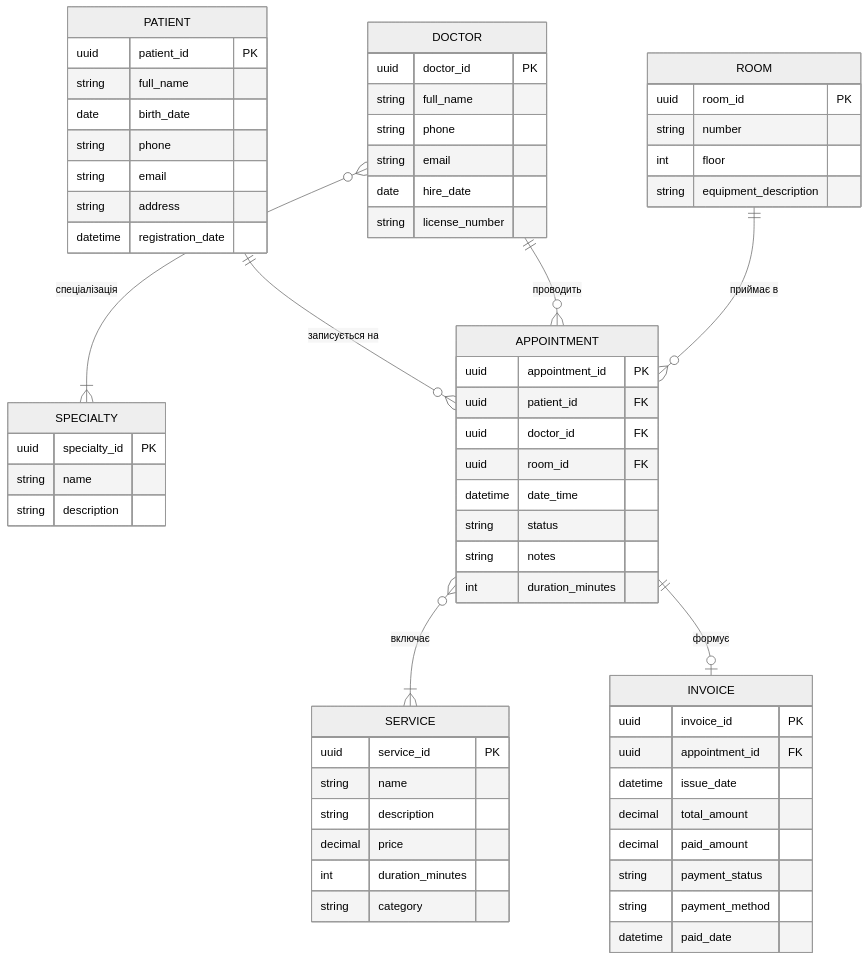
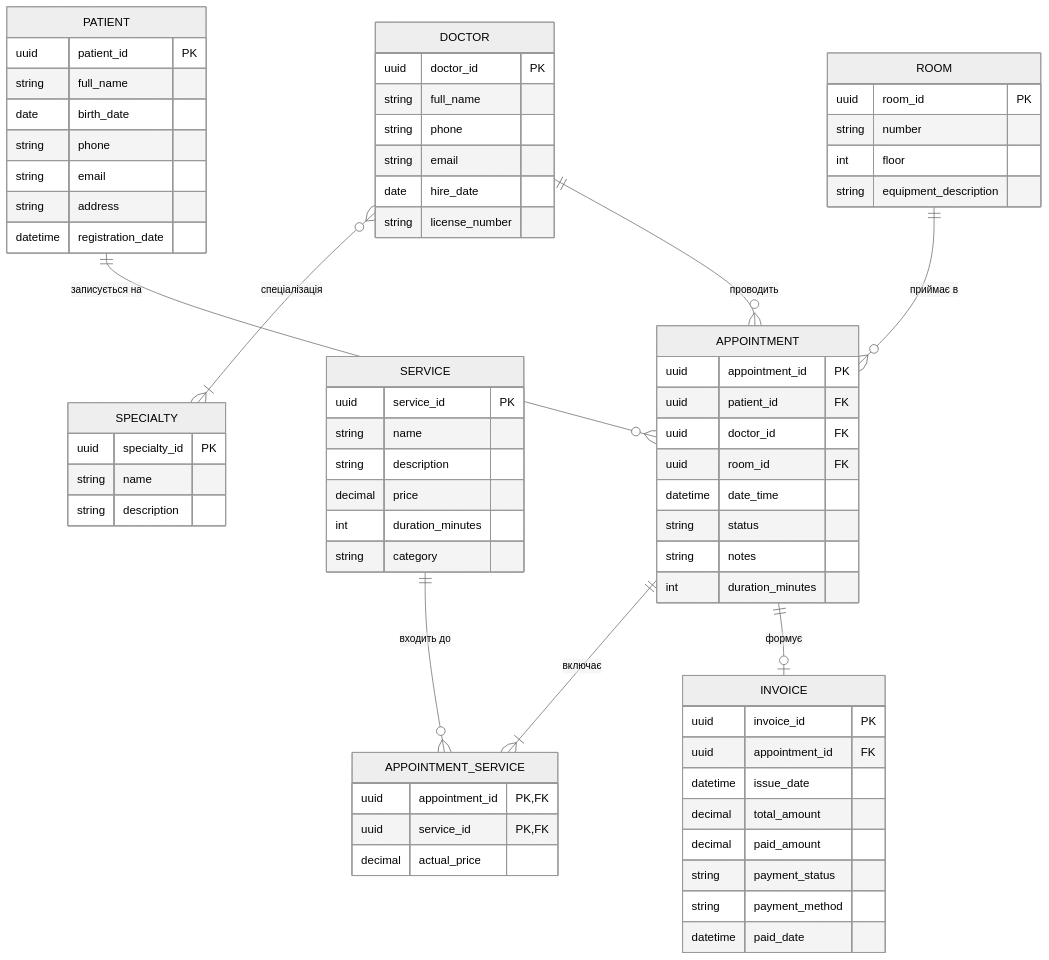
The diagram in er-diagram.mmd (dvsqwx/KPI), drawn with Mermaid (neutral theme) before and after one commit. The commit also changed 1 other file, not shown here.

Commit message:
link appointment and service via APPOINTMENT_SERVICE with actual_price

```diff
--- a/er-diagram.mmd
+++ b/er-diagram.mmd
@@ -1,70 +1,77 @@
 erDiagram
     PATIENT {
         uuid patient_id PK
         string full_name
         date birth_date
         string phone
         string email
         string address
         datetime registration_date
     }
 
     DOCTOR {
         uuid doctor_id PK
         string full_name
         string phone
         string email
         date hire_date
         string license_number
     }
 
     SPECIALTY {
         uuid specialty_id PK
         string name
         string description
     }
 
     ROOM {
         uuid room_id PK
         string number
         int floor
         string equipment_description
     }
 
     SERVICE {
         uuid service_id PK
         string name
         string description
         decimal price
         int duration_minutes
         string category
     }
 
     APPOINTMENT {
         uuid appointment_id PK
         uuid patient_id FK
         uuid doctor_id FK
         uuid room_id FK
         datetime date_time
         string status
         string notes
         int duration_minutes
     }
 
+    APPOINTMENT_SERVICE {
+        uuid appointment_id PK, FK
+        uuid service_id PK, FK
+        decimal actual_price
+    }
+
     INVOICE {
         uuid invoice_id PK
         uuid appointment_id FK
         datetime issue_date
         decimal total_amount
         decimal paid_amount
         string payment_status
         string payment_method
         datetime paid_date
     }
 
     DOCTOR }o--|{ SPECIALTY      : "спеціалізація"
     PATIENT   ||--o{ APPOINTMENT : "записується на"
     DOCTOR    ||--o{ APPOINTMENT : "проводить"
     ROOM      ||--o{ APPOINTMENT : "приймає в"
-    APPOINTMENT }o--|{ SERVICE   : "включає"
+    APPOINTMENT ||--|{ APPOINTMENT_SERVICE : "включає"
+    SERVICE   ||--o{ APPOINTMENT_SERVICE : "входить до"
     APPOINTMENT ||--o| INVOICE   : "формує"
```
